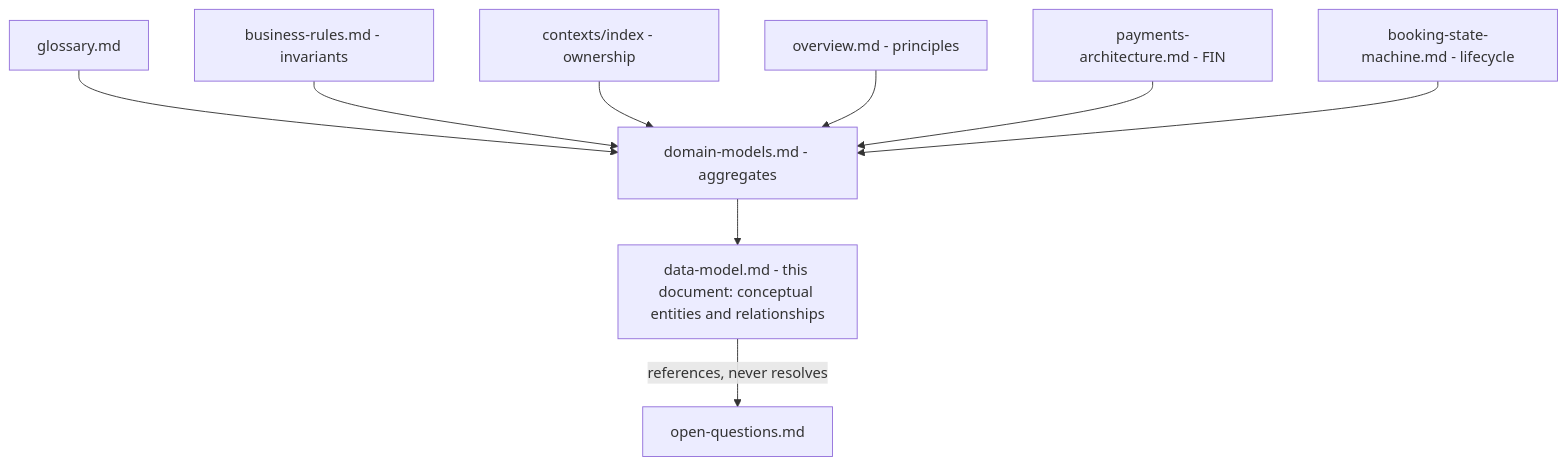
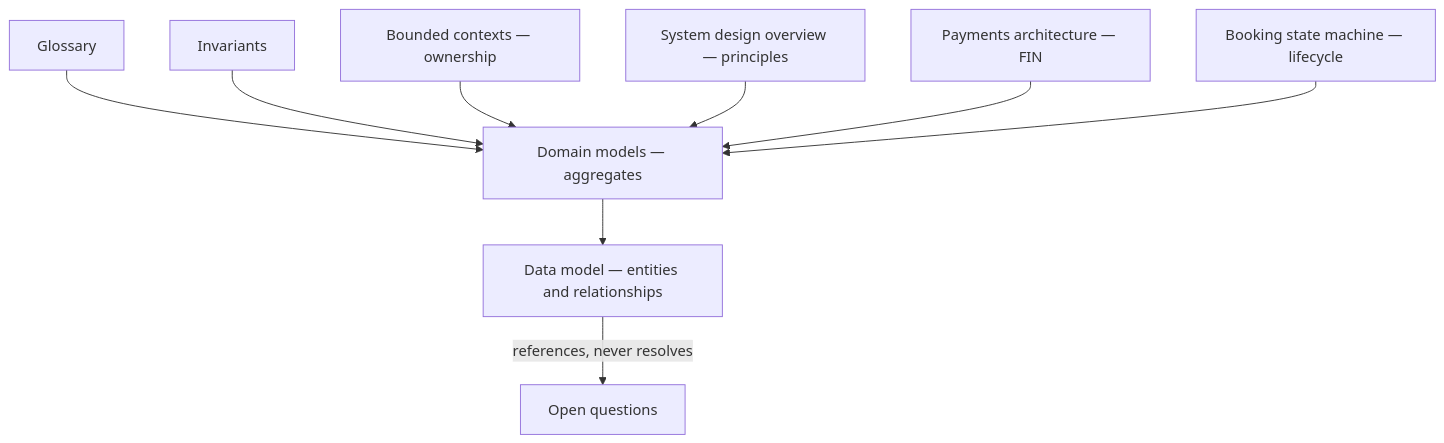
The first of 2 diagrams in docs/30-49-domains/33-data-model/index.md (markmamba/redcab-docs), drawn with Mermaid before and after one commit. The commit also changed other lines of this file and 51 other files, not shown here.

First line of the commit message:
docs(domains): normalize links, Mermaid leads, and navigation labels

````diff
--- a/docs/30-49-domains/33-data-model/index.md
+++ b/docs/30-49-domains/33-data-model/index.md
@@ -211,11 +67,11 @@
 ```mermaid
 graph TD
-  Glossary[glossary.md] --> DM[domain-models.md - aggregates]
-  Rules[business-rules.md - invariants] --> DM
-  BC[contexts/index - ownership] --> DM
-  Overview[overview.md - principles] --> DM
-  Pay[payments-architecture.md - FIN] --> DM
-  SM[booking-state-machine.md - lifecycle] --> DM
-  DM --> DATA[data-model.md - this document: conceptual entities and relationships]
-  DATA -->|references, never resolves| AMB[open-questions.md]
+  Glossary[Glossary] --> DM[Domain models — aggregates]
+  Rules[Invariants] --> DM
+  BC[Bounded contexts — ownership] --> DM
+  Overview[System design overview — principles] --> DM
+  Pay[Payments architecture — FIN] --> DM
+  SM[Booking state machine — lifecycle] --> DM
+  DM --> DATA[Data model — entities and relationships]
+  DATA -->|references, never resolves| AMB[Open questions]
 ```
````
